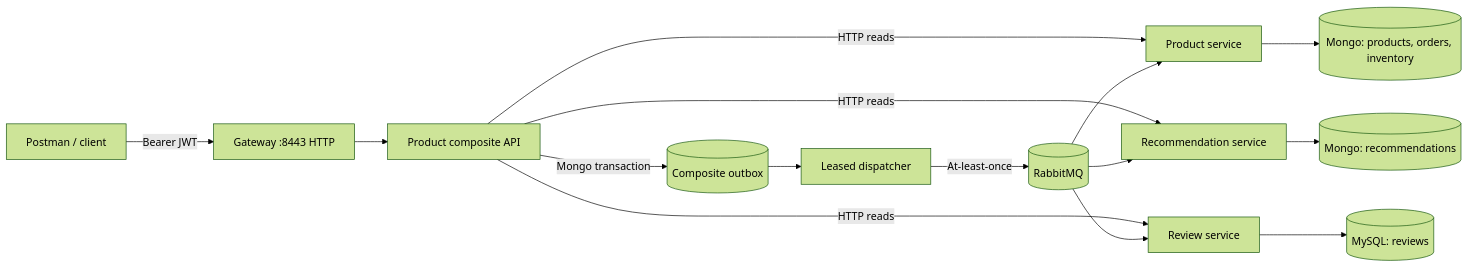
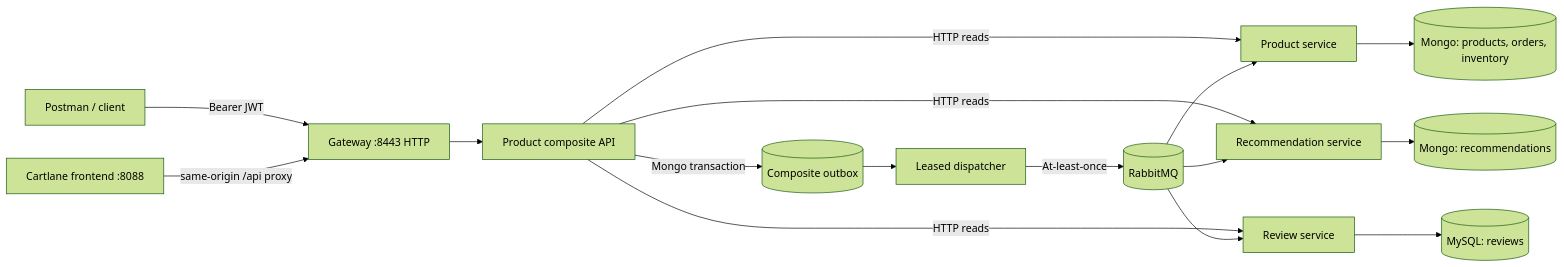
Before and after one commit to kakarot987/Amazon_Clone_BckEnd: the diagram in README.md, drawn with Mermaid (forest theme). The commit also changed other lines of this file and 13 other files, not shown here.

````diff
--- a/README.md
+++ b/README.md
@@ -66,17 +77,18 @@
 ```mermaid
 flowchart LR
     Client[Postman / client] -->|Bearer JWT| Gateway[Gateway :8443 HTTP]
+    Frontend[Cartlane frontend :8088] -->|same-origin /api proxy| Gateway
     Gateway --> Composite[Product composite API]
     Composite -->|HTTP reads| Product[Product service]
     Composite -->|HTTP reads| Recommendation[Recommendation service]
     Composite -->|HTTP reads| Review[Review service]
     Composite -->|Mongo transaction| Outbox[(Composite outbox)]
     Outbox --> Worker[Leased dispatcher]
     Worker -->|At-least-once| Broker[(RabbitMQ)]
     Broker --> Product
     Broker --> Recommendation
     Broker --> Review
     Product --> ProductDb[(Mongo: products, orders, inventory)]
     Recommendation --> RecDb[(Mongo: recommendations)]
     Review --> ReviewDb[(MySQL: reviews)]
 ```
````
